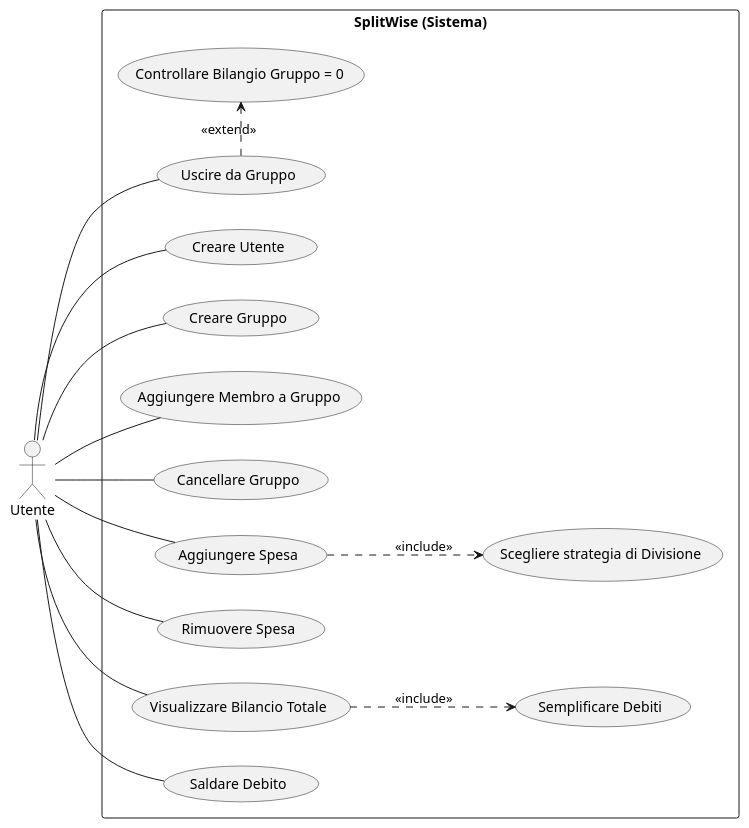
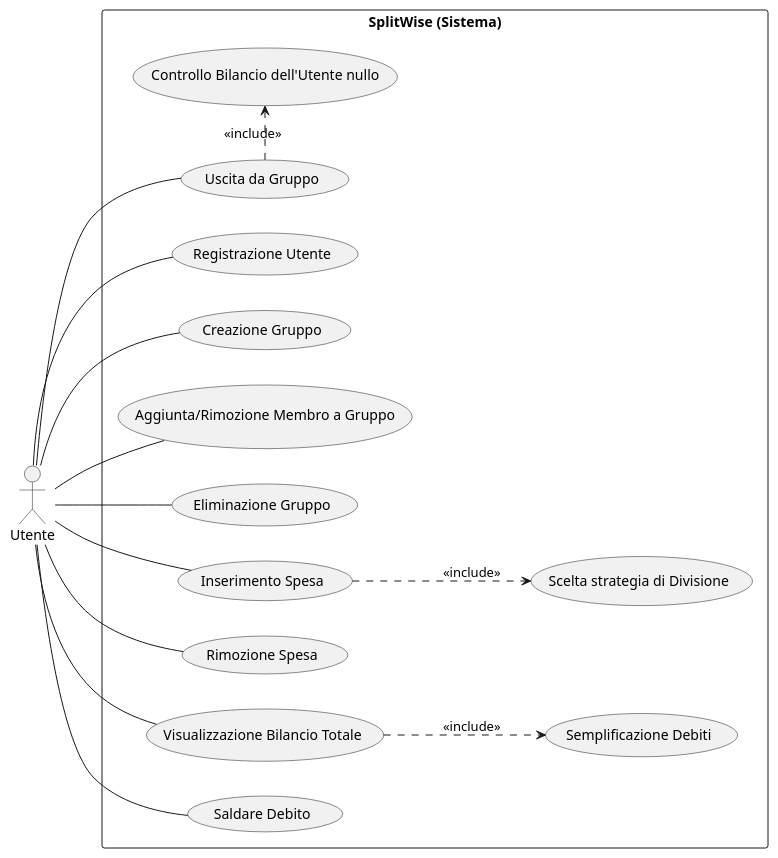
Before and after one commit to Mangialavori-Niccolo/SplitWise: the diagram in docs/use case diagrams/use_case_mvp.puml, drawn with PlantUML. The commit also changed 3 other files, not shown here.

Commit message:
Corretti Requisiti, Use Case e Class Diagram

```diff
--- a/docs/use case diagrams/use_case_mvp.puml
+++ b/docs/use case diagrams/use_case_mvp.puml
@@ -1,42 +1,41 @@
 @startuml
 'https://plantuml.com/use-case-diagram
 ' Impostazioni visive (per renderlo più leggibile)
 
 left to right direction
 skinparam packageStyle rectangle
 
 actor "Utente" as User
 
 rectangle "SplitWise (Sistema)" {
     '---Gestione Utenti e Gruppi---
-    (Creare Utente) as CREATE_USER
-    (Creare Gruppo) as CREATE_GROUP
-    (Aggiungere Membro a Gruppo) as ADD_MEMBER
-    (Cancellare Gruppo) as DELETE_GROUP
-    (Uscire da Gruppo) as LEAVE_GROUP
+    (Registrazione Utente) as CREATE_USER
+    (Creazione Gruppo) as CREATE_GROUP
+    (Aggiunta/Rimozione Membro a Gruppo) as ADD_MEMBER
+    (Eliminazione Gruppo) as DELETE_GROUP
+    (Uscita da Gruppo) as LEAVE_GROUP
 
     '---Gestione Spese e Bilancio---
-    (Aggiungere Spesa) as ADD_EXPENSE
-    (Rimuovere Spesa) as REMOVE_EXPENSE
-    (Visualizzare Bilancio Totale) as VIEW_BALANCE
+    (Inserimento Spesa) as ADD_EXPENSE
+    (Rimozione Spesa) as REMOVE_EXPENSE
+    (Visualizzazione Bilancio Totale) as VIEW_BALANCE
     (Saldare Debito) as SETTLE_DEBT
 
     '---Relazioni "Extend" e "Include"---
-    ADD_EXPENSE ..> (Scegliere strategia di Divisione): <<include>>
-    VIEW_BALANCE ..> (Semplificare Debiti): <<include>>
-    LEAVE_GROUP .> (Controllare Bilangio Gruppo = 0): <<extend>>
+    ADD_EXPENSE ..> (Scelta strategia di Divisione): <<include>>
+    VIEW_BALANCE ..> (Semplificazione Debiti): <<include>>
+    LEAVE_GROUP .> (Controllo Bilancio dell'Utente nullo): <<include>>
 }
 
 '---Collegamenti con gli attori---
 User -- CREATE_USER
 User -- CREATE_GROUP
 User -- ADD_MEMBER
 User -- DELETE_GROUP
 User -- LEAVE_GROUP
 User -- ADD_EXPENSE
 User -- REMOVE_EXPENSE
 User -- VIEW_BALANCE
 User -- SETTLE_DEBT
 
-
 @enduml
```
